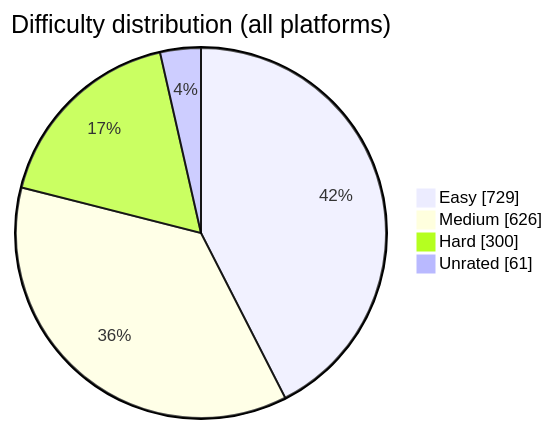
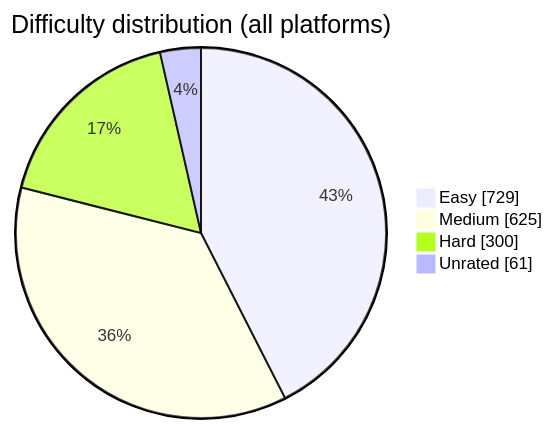
Before and after one commit to BuildbyArindam/Daily-Coding-Log: the diagram in README.md, drawn with Mermaid. The commit also changed other lines of this file, not shown here.

````diff
--- a/README.md
+++ b/README.md
@@ -93,7 +93,7 @@
 ```mermaid
 pie showData title Difficulty distribution (all platforms)
     "Easy" : 729
-    "Medium" : 626
+    "Medium" : 625
     "Hard" : 300
     "Unrated" : 61
 ```
````
